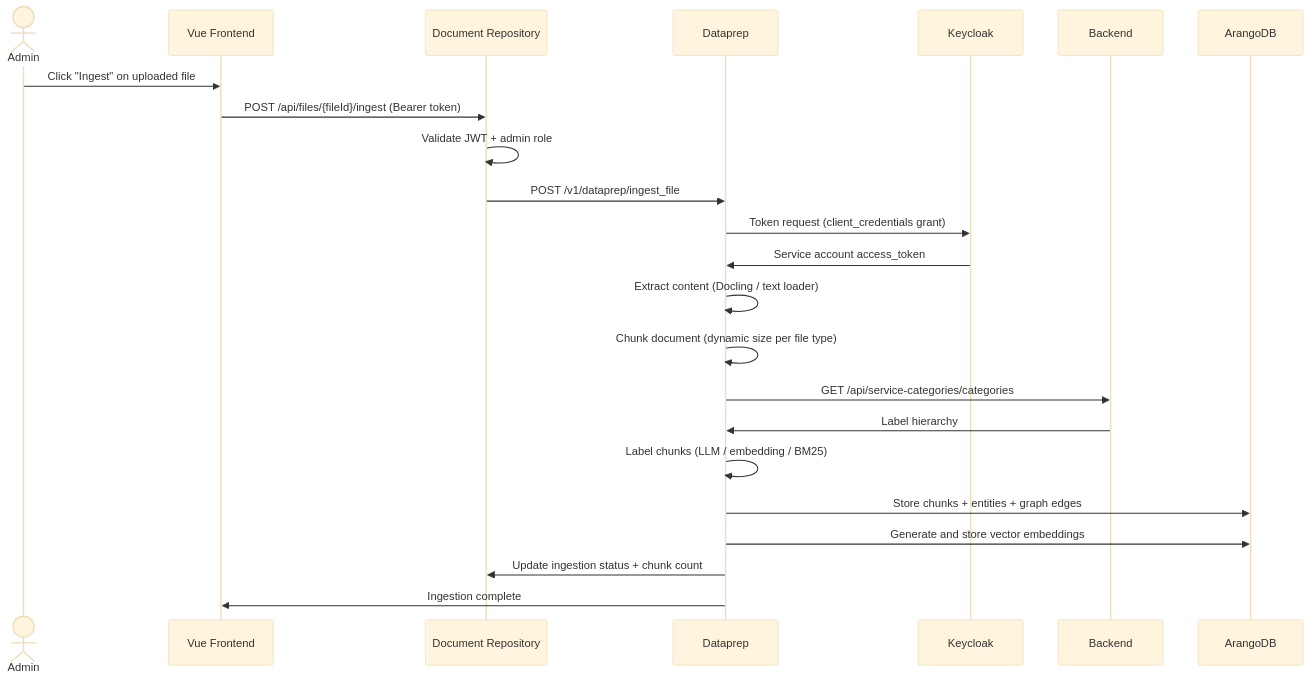
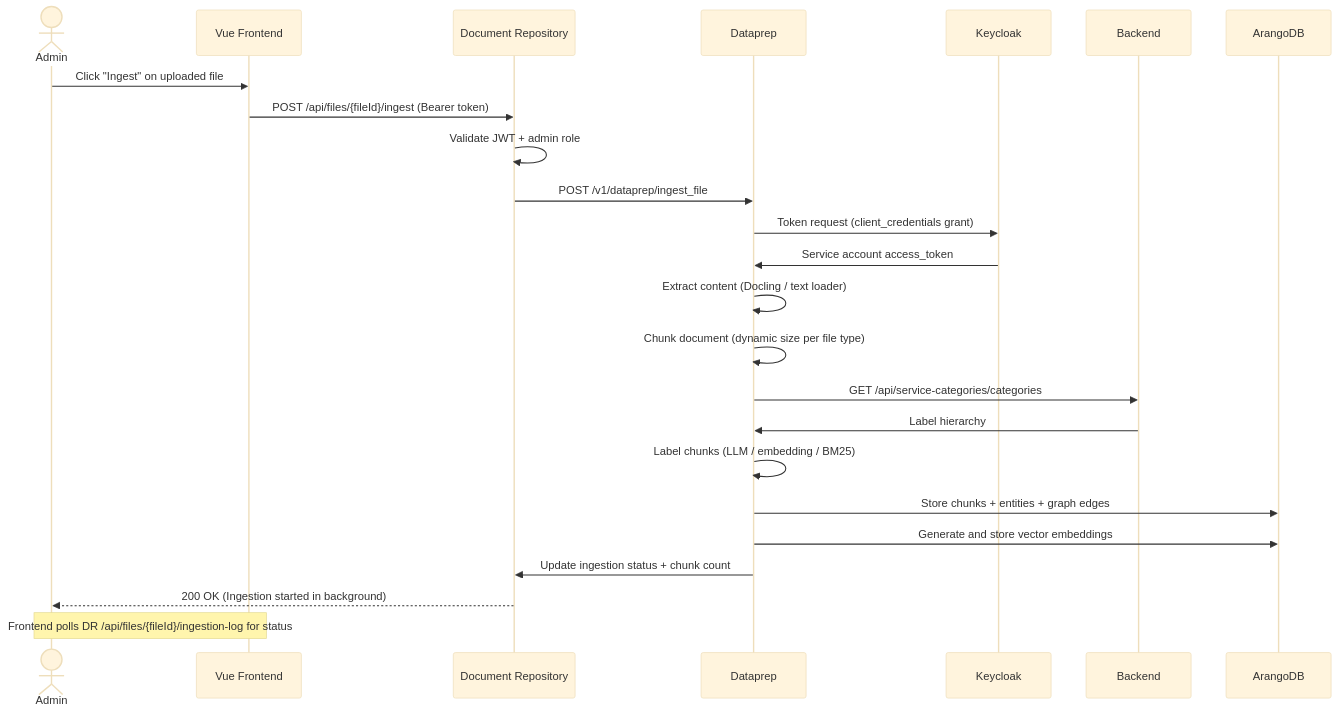
Diagram 12 of 16 in site/content/en/docs/architecture/architecture.md (jrevillard/genie-ai-replica), drawn with Mermaid (base theme) before and after one commit. The commit also changed other lines of this file and 2 other files, not shown here.

````diff
--- a/site/content/en/docs/architecture/architecture.md
+++ b/site/content/en/docs/architecture/architecture.md
@@ -721,30 +740,31 @@
 ```mermaid
 sequenceDiagram
     actor Admin
     participant FE as Vue Frontend
     participant DR as Document Repository
     participant DP as Dataprep
     participant KC as Keycloak
     participant BE as Backend
     participant ADB as ArangoDB
 
     Admin->>FE: Click "Ingest" on uploaded file
     FE->>DR: POST /api/files/{fileId}/ingest (Bearer token)
     DR->>DR: Validate JWT + admin role
     DR->>DP: POST /v1/dataprep/ingest_file
 
     DP->>KC: Token request (client_credentials grant)
     KC->>DP: Service account access_token
 
     DP->>DP: Extract content (Docling / text loader)
     DP->>DP: Chunk document (dynamic size per file type)
 
     DP->>BE: GET /api/service-categories/categories
     BE->>DP: Label hierarchy
     DP->>DP: Label chunks (LLM / embedding / BM25)
     DP->>ADB: Store chunks + entities + graph edges
     DP->>ADB: Generate and store vector embeddings
 
     DP->>DR: Update ingestion status + chunk count
-    DP->>FE: Ingestion complete
+    DR-->>Admin: 200 OK (Ingestion started in background)
+    Note over Admin,FE: Frontend polls DR /api/files/{fileId}/ingestion-log for status
 ```
````
